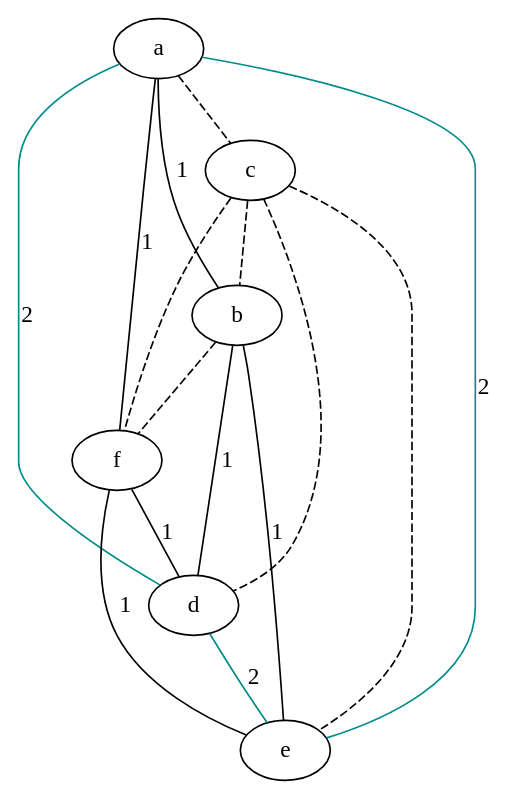
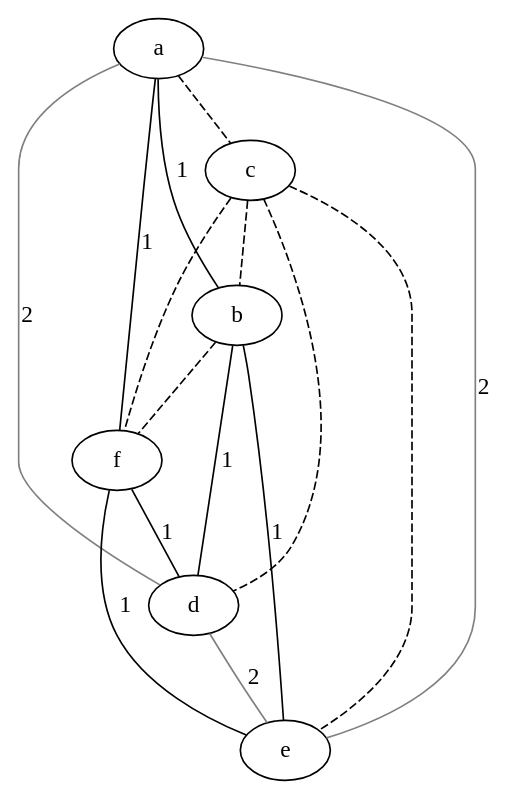
One commit to lrodrin/TFG changed the diagram in src/extension/linearGraph.dot. Above: the diagram before and after it, drawn with Graphviz. The commit also changed 2 other files, not shown here.

```diff
--- a/src/extension/linearGraph.dot
+++ b/src/extension/linearGraph.dot
@@ -1,23 +1,23 @@
 strict graph "" {
 a;
 c;
 b;
 f;
 d;
 e;
 a -- c  [color=black, style=dashed];
 a -- b  [color=black, label=1, style=solid];
 a -- f  [color=black, label=1, style=solid];
-a -- d  [color=cyan4, label=2, style=solid];
-a -- e  [color=cyan4, label=2, style=solid];
+a -- d  [color=grey, label=2, style=solid];
+a -- e  [color=grey, label=2, style=solid];
 c -- b  [color=black, style=dashed];
 c -- f  [color=black, style=dashed];
 c -- d  [color=black, style=dashed];
 c -- e  [color=black, style=dashed];
 b -- f  [color=black, style=dashed];
 b -- d  [color=black, label=1, style=solid];
 b -- e  [color=black, label=1, style=solid];
 f -- d  [color=black, label=1, style=solid];
 f -- e  [color=black, label=1, style=solid];
-d -- e  [color=cyan4, label=2, style=solid];
+d -- e  [color=grey, label=2, style=solid];
 }
```
